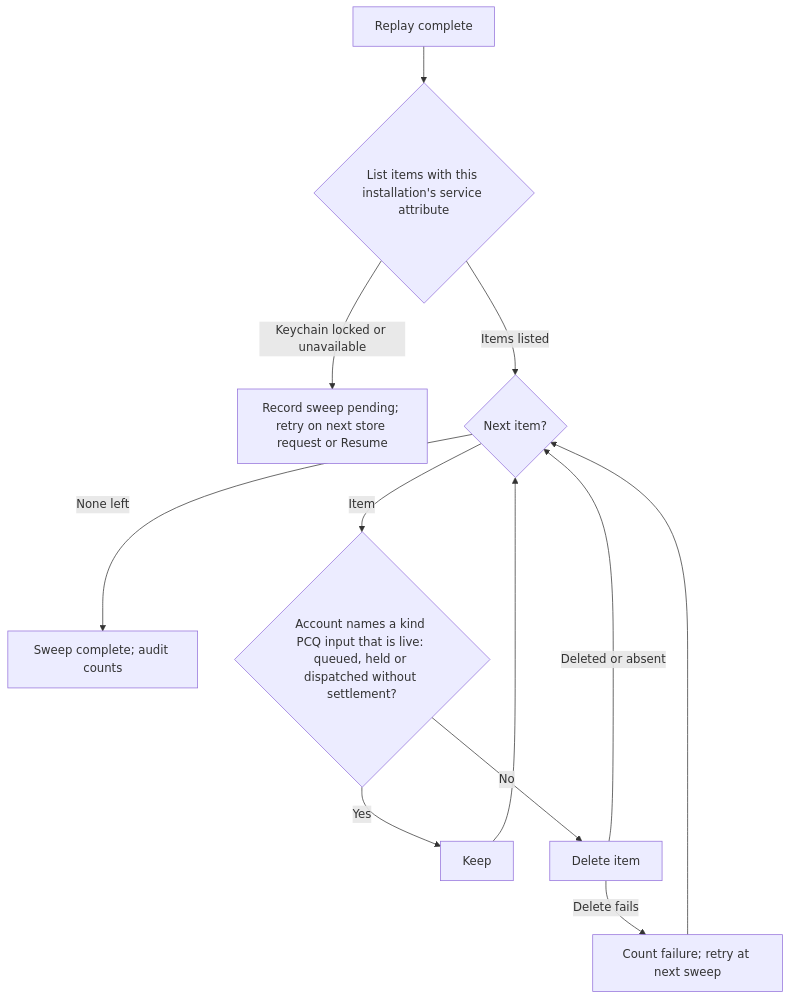
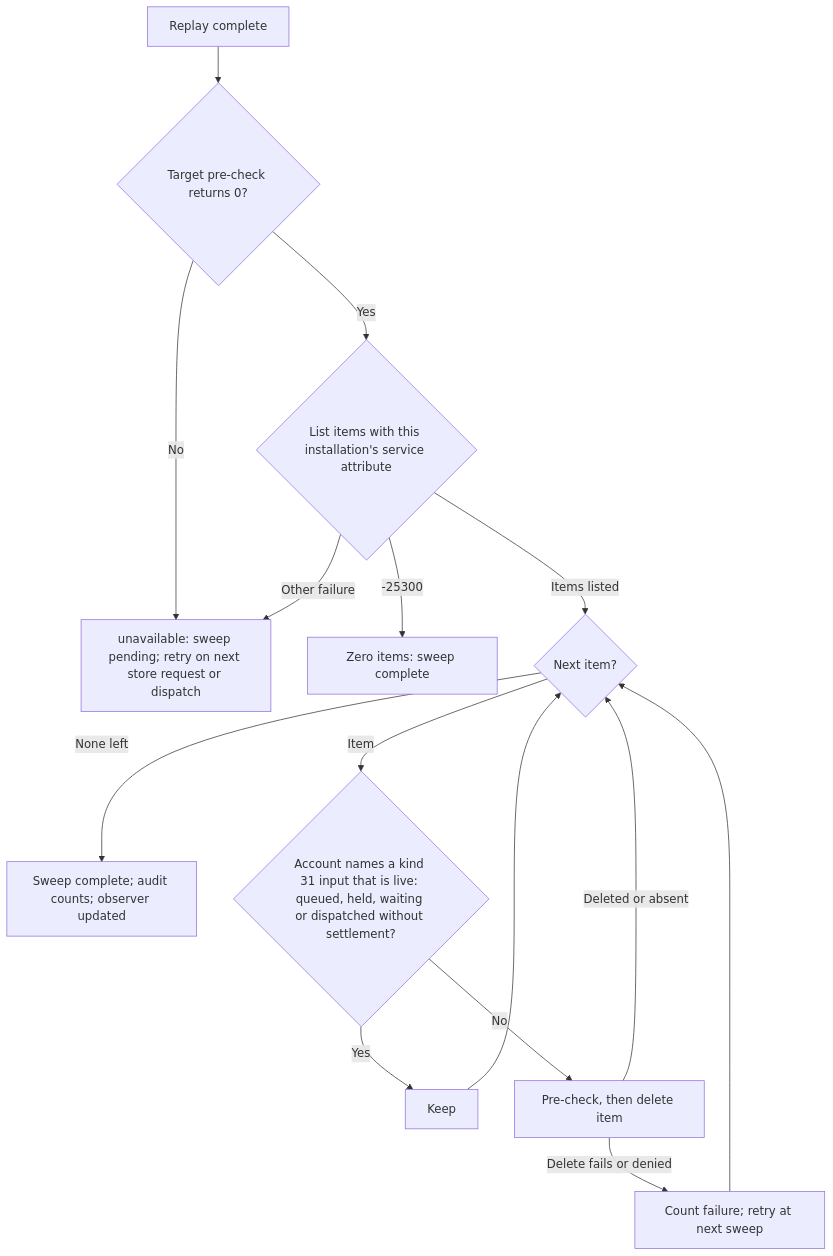
The third of 4 diagrams in docs/designs/secret-store.md (pidster/asura), drawn with Mermaid before and after one commit. The commit also changed other lines of this file and 14 other files, not shown here.

````diff
--- a/docs/designs/secret-store.md
+++ b/docs/designs/secret-store.md
@@ -230,14 +327,17 @@
 ```mermaid
 flowchart TD
-    Start["Replay complete"] --> List{"List items with this installation's service attribute"}
-    List -->|"Keychain locked or unavailable"| Defer["Record sweep pending; retry on next store request or Resume"]
+    Start["Replay complete"] --> Pre{"Target pre-check returns 0?"}
+    Pre -->|"No"| Defer["unavailable: sweep pending; retry on next store request or dispatch"]
+    Pre -->|"Yes"| List{"List items with this installation's service attribute"}
+    List -->|"-25300"| Done["Zero items: sweep complete"]
+    List -->|"Other failure"| Defer
     List -->|"Items listed"| Next{"Next item?"}
-    Next -->|"None left"| Done["Sweep complete; audit counts"]
-    Next -->|"Item"| Live{"Account names a kind PCQ input that is live: queued, held or dispatched without settlement?"}
+    Next -->|"None left"| Done2["Sweep complete; audit counts; observer updated"]
+    Next -->|"Item"| Live{"Account names a kind 31 input that is live: queued, held, waiting or dispatched without settlement?"}
     Live -->|Yes| Keep["Keep"]
-    Live -->|No| Del["Delete item"]
+    Live -->|No| Del["Pre-check, then delete item"]
     Keep --> Next
     Del -->|"Deleted or absent"| Next
-    Del -->|"Delete fails"| Count["Count failure; retry at next sweep"]
+    Del -->|"Delete fails or denied"| Count["Count failure; retry at next sweep"]
     Count --> Next
 ```
````
